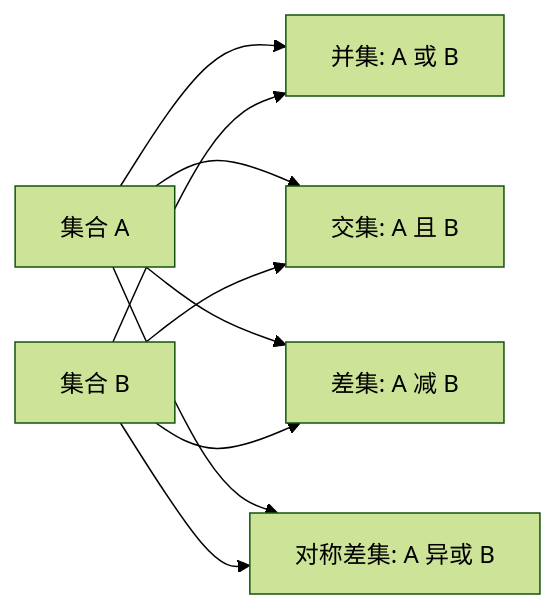
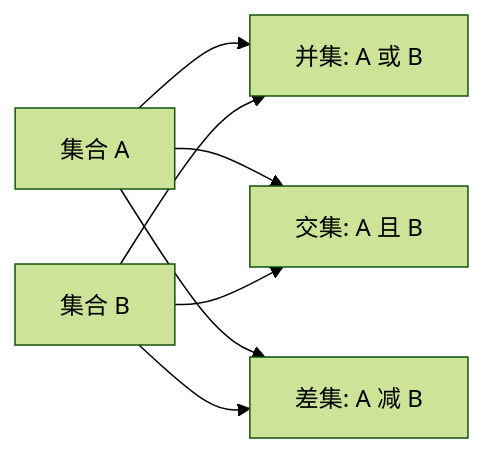
One commit to scagogogo/cpe-skills changed the first of 2 diagrams in website/zh/guide/sets.md. Above: the diagram before and after it, drawn with Mermaid (forest theme). The commit also changed other lines of this file and 34 other files, not shown here.

First line of the commit message:
docs(website): fix fabricated APIs in examples, sync zh with en, fix diagrams

````diff
--- a/website/zh/guide/sets.md
+++ b/website/zh/guide/sets.md
@@ -11,17 +11,14 @@
 ```mermaid
 flowchart LR
     A["集合 A"]
     B["集合 B"]
     U["并集: A 或 B"]
     I["交集: A 且 B"]
     D["差集: A 减 B"]
-    S["对称差集: A 异或 B"]
     A --> U
     B --> U
     A --> I
     B --> I
     A --> D
     B --> D
-    A --> S
-    B --> S
 ```
````
